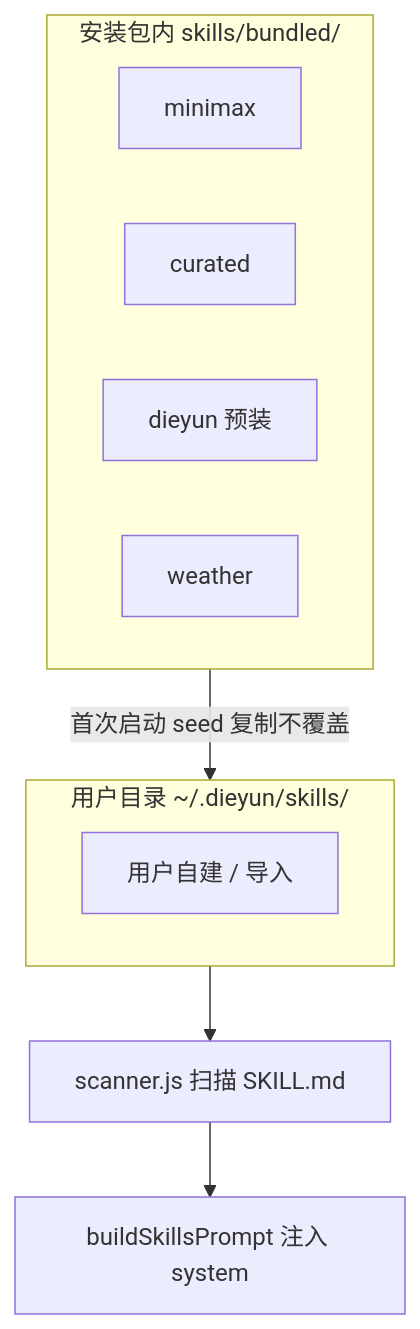
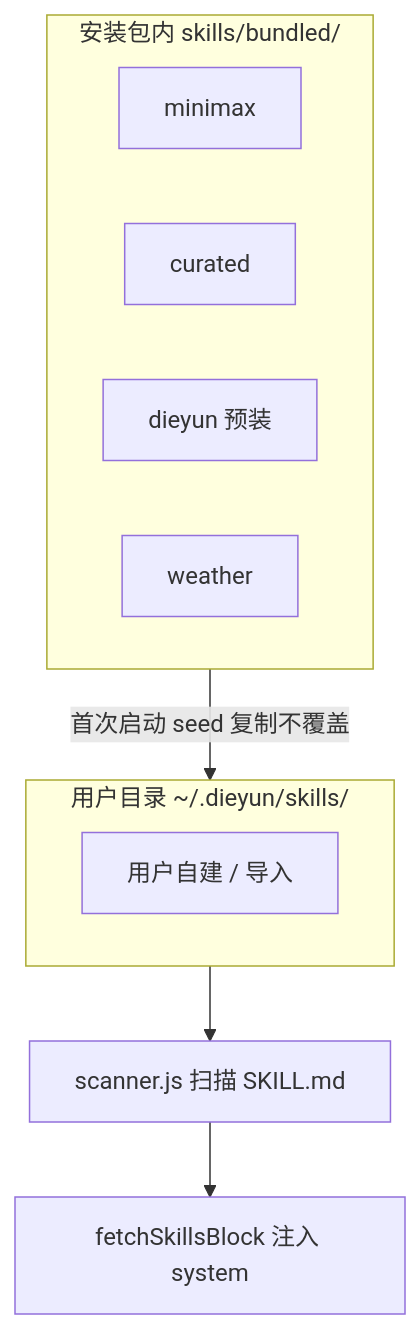
The fourth of 4 diagrams in docs/DESIGN.md (zuochamo/dieyunagent), drawn with Mermaid before and after one commit. The commit also changed other lines of this file and 8 other files, not shown here.

````diff
--- a/docs/DESIGN.md
+++ b/docs/DESIGN.md
@@ -329,17 +336,17 @@
 ```mermaid
 flowchart TB
   subgraph ship["安装包内 skills/bundled/"]
     M[minimax]
     C[curated]
     D[dieyun 预装]
     W[weather]
   end
 
   subgraph home["用户目录 ~/.dieyun/skills/"]
     U[用户自建 / 导入]
   end
 
   ship -->|首次启动 seed 复制不覆盖| home
   home --> Scan[scanner.js 扫描 SKILL.md]
-  Scan --> Prompt[buildSkillsPrompt 注入 system]
+  Scan --> Prompt[fetchSkillsBlock 注入 system]
 ```
````
